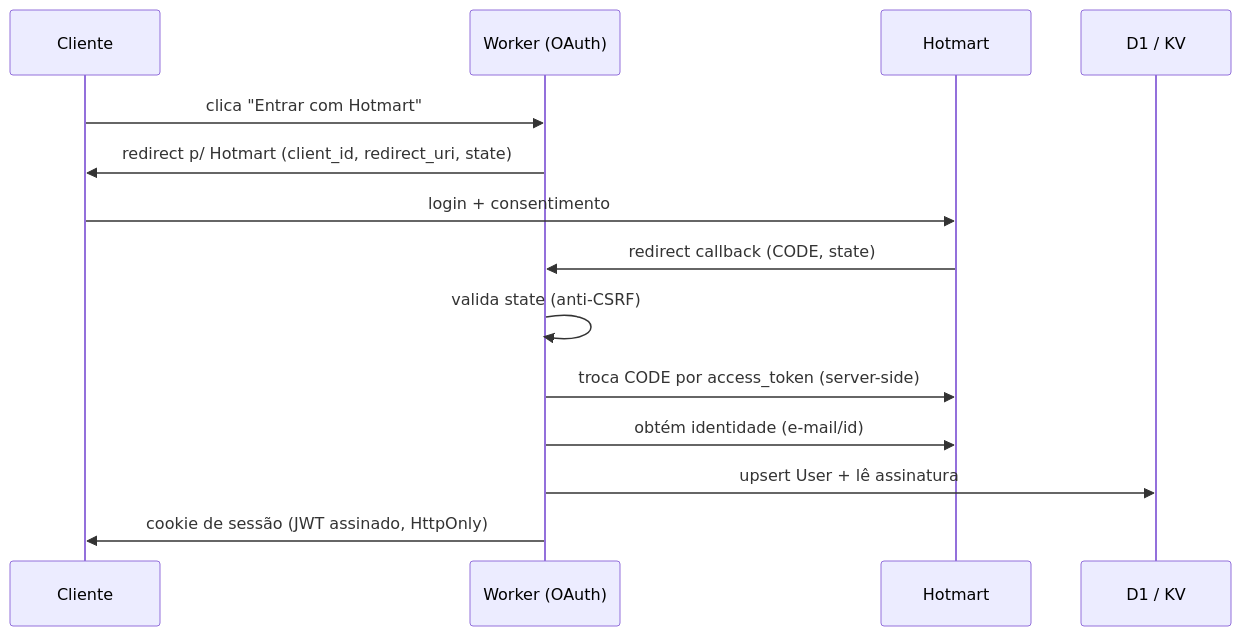
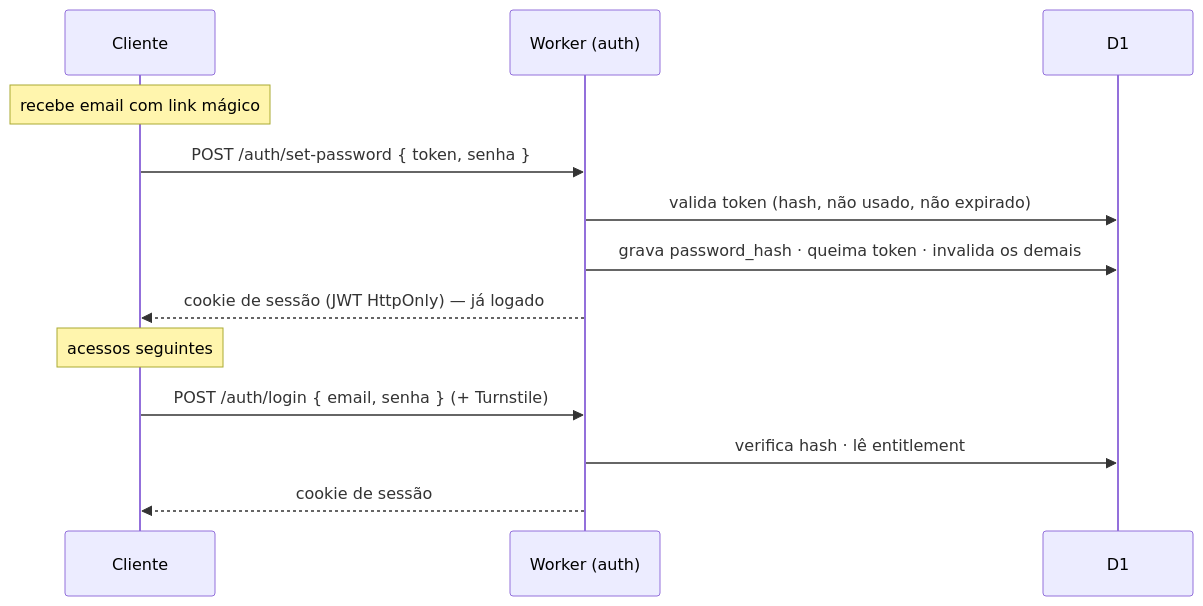
One commit to eduardosplima/mais-aprovacao-questoes changed the third of 5 diagrams in docs/especificacao-tecnica.md. Above: the diagram before and after it, drawn with Mermaid. The commit also changed other lines of this file and 1 other file, not shown here.

First line of the commit message:
docs: substitui Hotmart OAuth por autenticação própria + webhook

````diff
--- a/docs/especificacao-tecnica.md
+++ b/docs/especificacao-tecnica.md
@@ -65,17 +119,17 @@
 ```mermaid
 sequenceDiagram
     participant C as Cliente
-    participant A as Worker (OAuth)
-    participant H as Hotmart
-    participant DB as D1 / KV
+    participant A as Worker (auth)
+    participant DB as D1
 
-    C->>A: clica "Entrar com Hotmart"
-    A->>C: redirect p/ Hotmart (client_id, redirect_uri, state)
-    C->>H: login + consentimento
-    H->>A: redirect callback (CODE, state)
-    A->>A: valida state (anti-CSRF)
-    A->>H: troca CODE por access_token (server-side)
-    A->>H: obtém identidade (e-mail/id)
-    A->>DB: upsert User + lê assinatura
-    A->>C: cookie de sessão (JWT assinado, HttpOnly)
+    Note over C: recebe email com link mágico
+    C->>A: POST /auth/set-password { token, senha }
+    A->>DB: valida token (hash, não usado, não expirado)
+    A->>DB: grava password_hash · queima token · invalida os demais
+    A-->>C: cookie de sessão (JWT HttpOnly) — já logado
+
+    Note over C: acessos seguintes
+    C->>A: POST /auth/login { email, senha } (+ Turnstile)
+    A->>DB: verifica hash · lê entitlement
+    A-->>C: cookie de sessão
 ```
````
